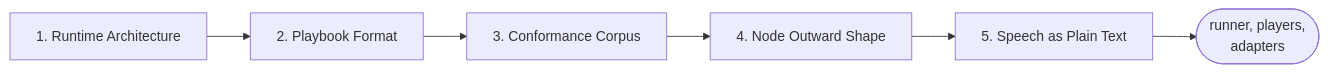
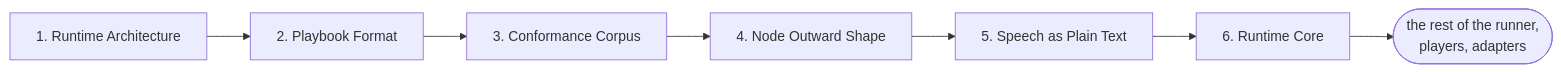
One commit to pengzhengyi/dialoguedown changed the second of 4 diagrams in docs/contributing/design-notes/README.md. Above: the diagram before and after it, drawn with Mermaid. The commit also changed other lines of this file and 93 other files, not shown here.

First line of the commit message:
feat(runtime): the C# runner's first pass, and the harness that holds it to the corpus (C2a of #297) (#434)

````diff
--- a/docs/contributing/design-notes/README.md
+++ b/docs/contributing/design-notes/README.md
@@ -99,8 +99,9 @@
 ```mermaid
 flowchart LR
     RA["1. Runtime Architecture"] --> PF["2. Playbook Format"]
     PF --> CC["3. Conformance Corpus"]
     CC --> NOS["4. Node Outward Shape"]
     NOS --> SPT["5. Speech as Plain Text"]
-    SPT --> RUN(["runner, players,<br/>adapters"])
+    SPT --> RC["6. Runtime Core"]
+    RC --> RUN(["the rest of the runner,<br/>players, adapters"])
 ```
````
